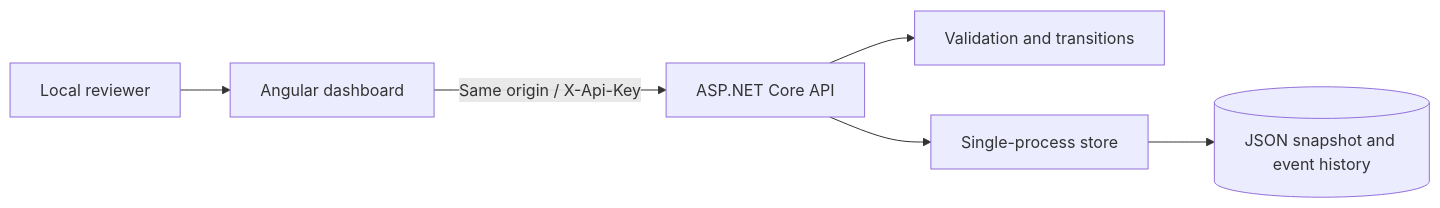
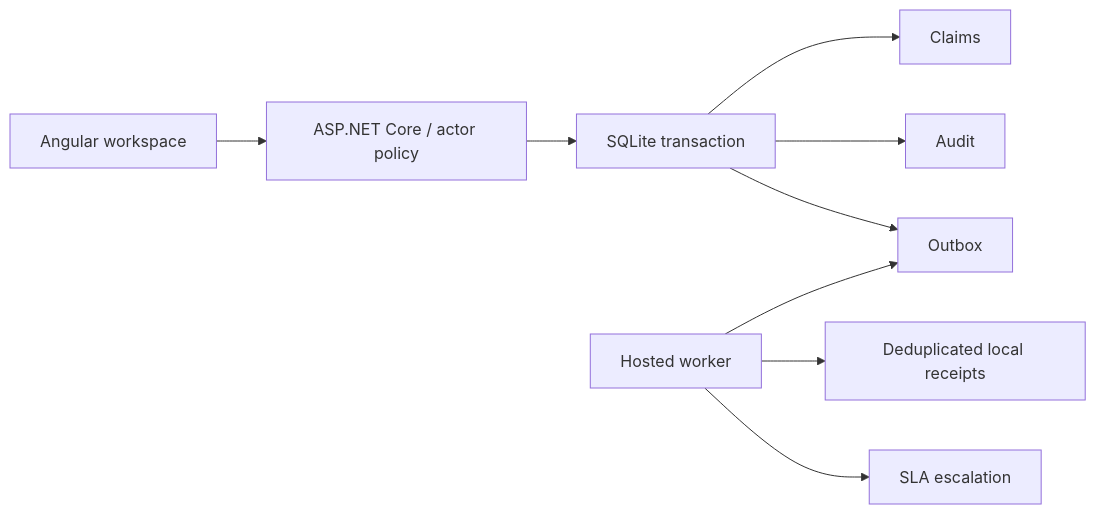
The first of 2 diagrams in docs/architecture.md (ChaitanyaKurumella/claims-workflow-api), drawn with Mermaid before and after one commit. The commit also changed other lines of this file and 16 other files, not shown here.

````diff
--- a/docs/architecture.md
+++ b/docs/architecture.md
@@ -3,8 +7,11 @@
 ```mermaid
 flowchart LR
-    Reviewer[Local reviewer] --> UI[Angular dashboard]
-    UI -->|Same origin / X-Api-Key| API[ASP.NET Core API]
-    API --> Rules[Validation and transitions]
-    API --> Store[Single-process store]
-    Store --> Disk[(JSON snapshot and event history)]
+    UI[Angular workspace] --> API[ASP.NET Core / actor policy]
+    API --> TX[SQLite transaction]
+    TX --> C[Claims]
+    TX --> A[Audit]
+    TX --> O[Outbox]
+    W[Hosted worker] --> O
+    W --> R[Deduplicated local receipts]
+    W --> E[SLA escalation]
 ```
````
